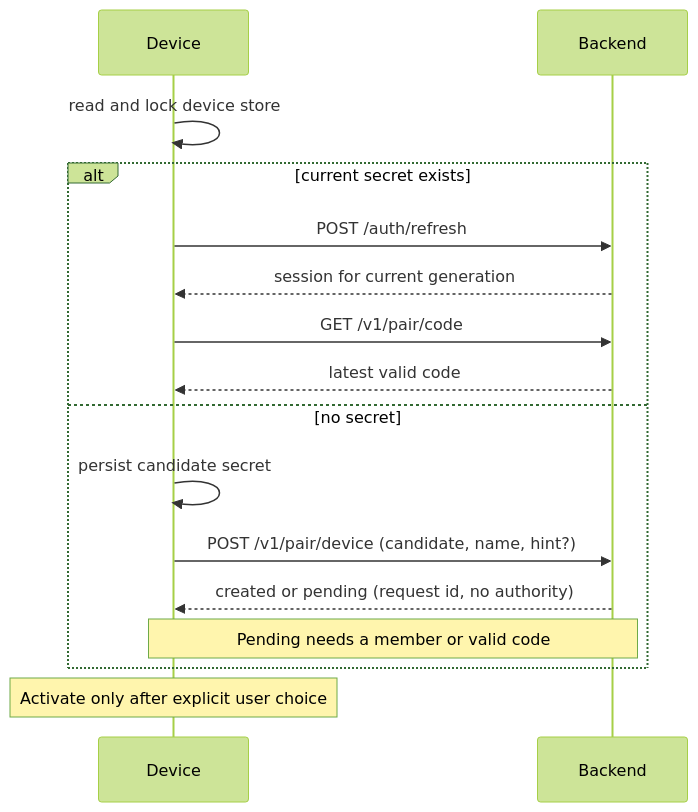
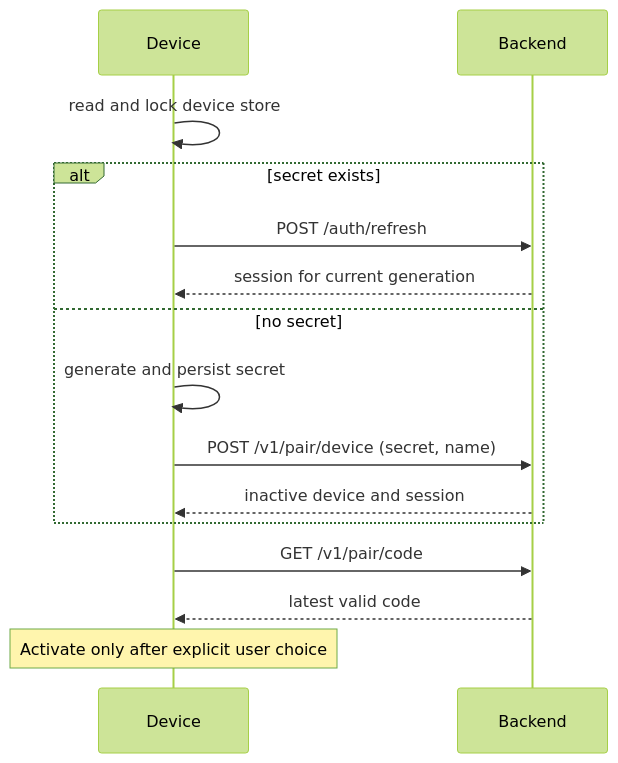
The first of 3 diagrams in docs/pairing-code-login.md (acking-you/POCOX), drawn with Mermaid (forest theme) before and after one commit. The commit also changed other lines of this file, not shown here.

````diff
--- a/docs/pairing-code-login.md
+++ b/docs/pairing-code-login.md
@@ -173,18 +219,17 @@
 ```mermaid
 sequenceDiagram
     participant D as Device
     participant B as Backend
     D->>D: read and lock device store
-    alt current secret exists
+    alt secret exists
         D->>B: POST /auth/refresh
         B-->>D: session for current generation
-        D->>B: GET /v1/pair/code
-        B-->>D: latest valid code
     else no secret
-        D->>D: persist candidate secret
-        D->>B: POST /v1/pair/device (candidate, name, hint?)
-        B-->>D: created or pending (request id, no authority)
-        Note over D,B: Pending needs a member or valid code
+        D->>D: generate and persist secret
+        D->>B: POST /v1/pair/device (secret, name)
+        B-->>D: inactive device and session
     end
+    D->>B: GET /v1/pair/code
+    B-->>D: latest valid code
     Note over D: Activate only after explicit user choice
 ```
````
